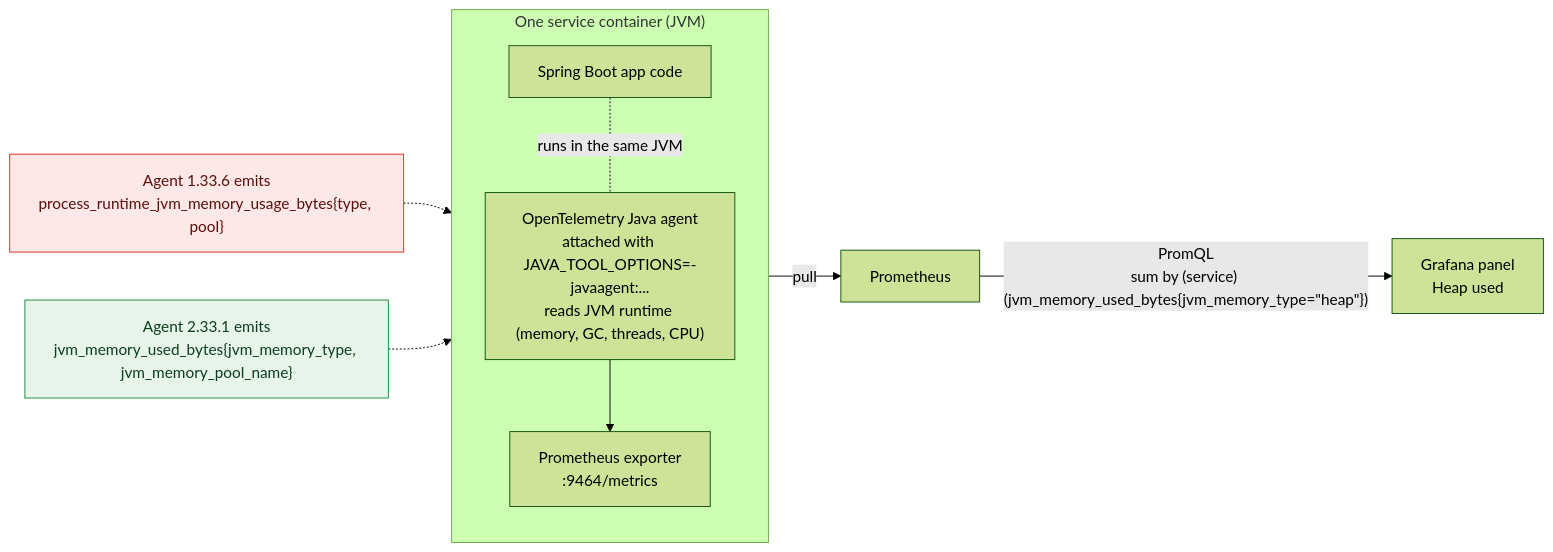
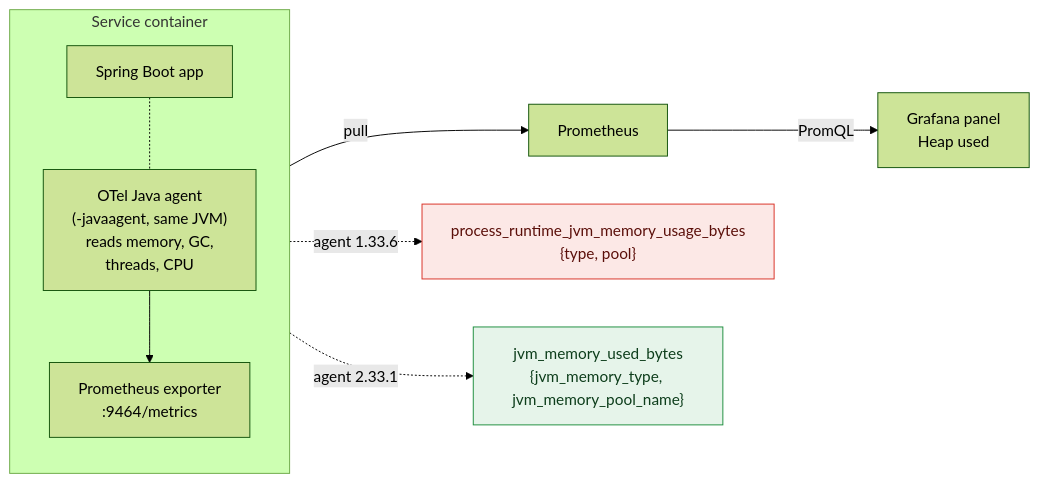
One commit to imenbkr/demo-otel-jvm-schema-drift changed the diagram in docs/diagrams/metric-path.mmd. Above: the diagram before and after it, drawn with Mermaid (forest theme). The commit also changed 6 other files, not shown here.

Commit message:
Fix diagram rendering on GitHub and add PNG exports

```diff
--- a/docs/diagrams/metric-path.mmd
+++ b/docs/diagrams/metric-path.mmd
@@ -1,19 +1,17 @@
 flowchart LR
-  subgraph jvm["One service container (JVM)"]
+  subgraph jvm["Service container"]
     direction TB
-    code["Spring Boot app code"]
-    agent["OpenTelemetry Java agent<br/>attached with JAVA_TOOL_OPTIONS=-javaagent:...<br/>reads JVM runtime (memory, GC, threads, CPU)"]
+    code["Spring Boot app"]
+    agent["OTel Java agent<br/>(-javaagent, same JVM)<br/>reads memory, GC,<br/>threads, CPU"]
     exp["Prometheus exporter<br/>:9464/metrics"]
-    code -.runs in the same JVM.- agent
+    code -.- agent
     agent --> exp
   end
   exp -->|pull| prom["Prometheus"]
-  prom -->|"PromQL<br/>sum by (service) (jvm_memory_used_bytes{jvm_memory_type=&quot;heap&quot;})"| graf["Grafana panel<br/>Heap used"]
+  prom -->|PromQL| graf["Grafana panel<br/>Heap used"]
 
-  v1["Agent 1.33.6 emits<br/>process_runtime_jvm_memory_usage_bytes{type, pool}"]:::old
-  v2["Agent 2.33.1 emits<br/>jvm_memory_used_bytes{jvm_memory_type, jvm_memory_pool_name}"]:::new
-  v1 -.-> exp
-  v2 -.-> exp
+  exp -.->|"agent 1.33.6"| v1["process_runtime_jvm_memory_usage_bytes<br/>{type, pool}"]:::old
+  exp -.->|"agent 2.33.1"| v2["jvm_memory_used_bytes<br/>{jvm_memory_type, jvm_memory_pool_name}"]:::new
 
   classDef old fill:#fce8e6,stroke:#d93025,color:#5b0f0a
   classDef new fill:#e6f4ea,stroke:#1e8e3e,color:#0d3d1b
```
